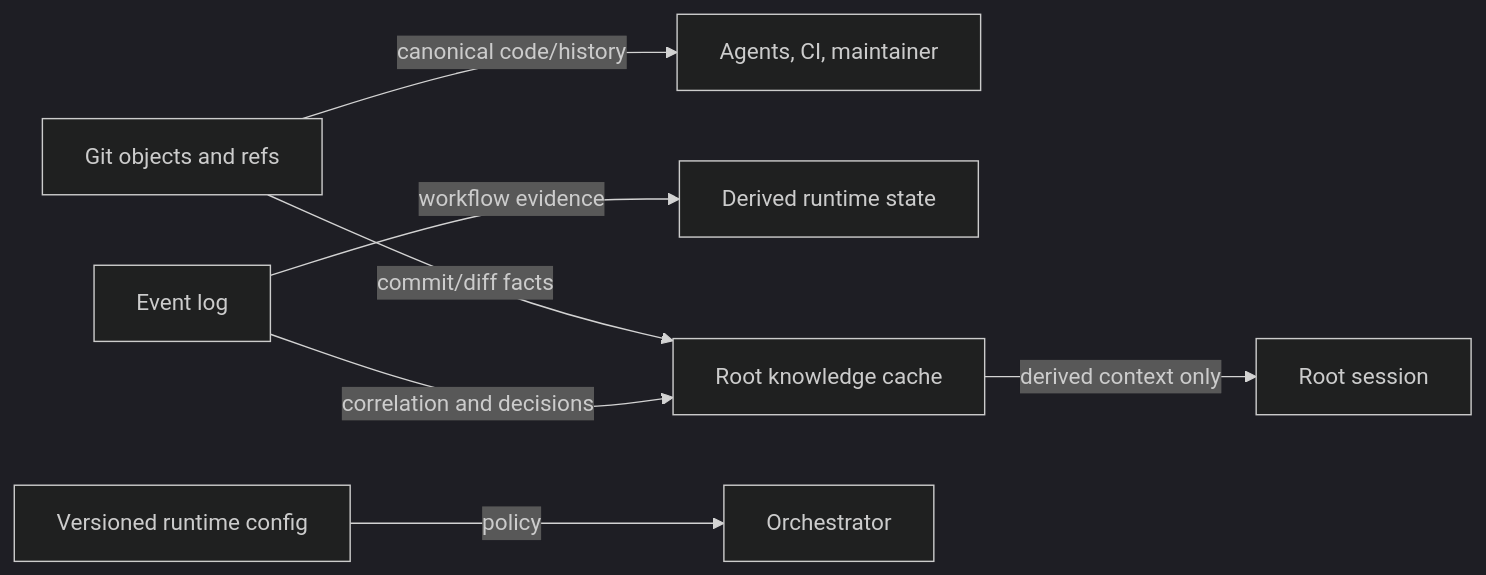
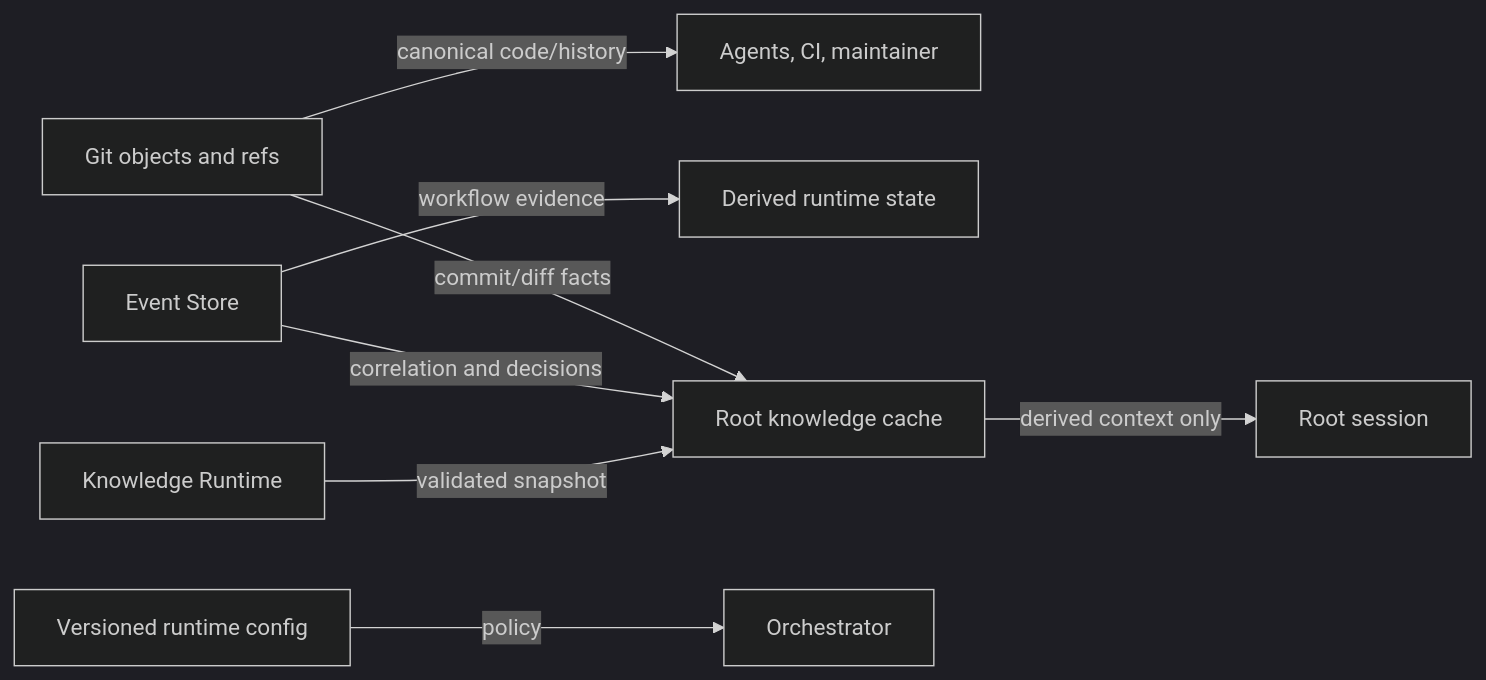
Before and after one commit to tinhnvAdnetplus/design-document: the second of 3 diagrams in docs/architecture/01-architecture-overview.md, drawn with Mermaid (dark theme). The commit also changed other lines of this file and 35 other files, not shown here.

````diff
--- a/docs/architecture/01-architecture-overview.md
+++ b/docs/architecture/01-architecture-overview.md
@@ -152,9 +204,10 @@
 ```mermaid
 flowchart LR
     Git[Git objects and refs] -->|canonical code/history| GitConsumers[Agents, CI, maintainer]
-    Events[Event log] -->|workflow evidence| Projection[Derived runtime state]
+    Events[Event Store] -->|workflow evidence| Projection[Derived runtime state]
     Git -->|commit/diff facts| Cache[Root knowledge cache]
     Events -->|correlation and decisions| Cache
+    Knowledge[Knowledge Runtime] -->|validated snapshot| Cache
     Config[Versioned runtime config] -->|policy| Orchestrator
     Cache -->|derived context only| RootAgent[Root session]
 ```
````
